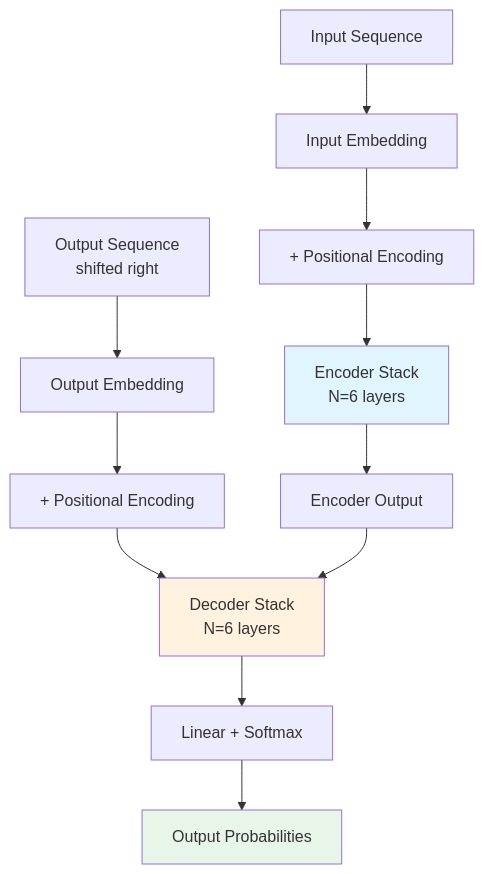
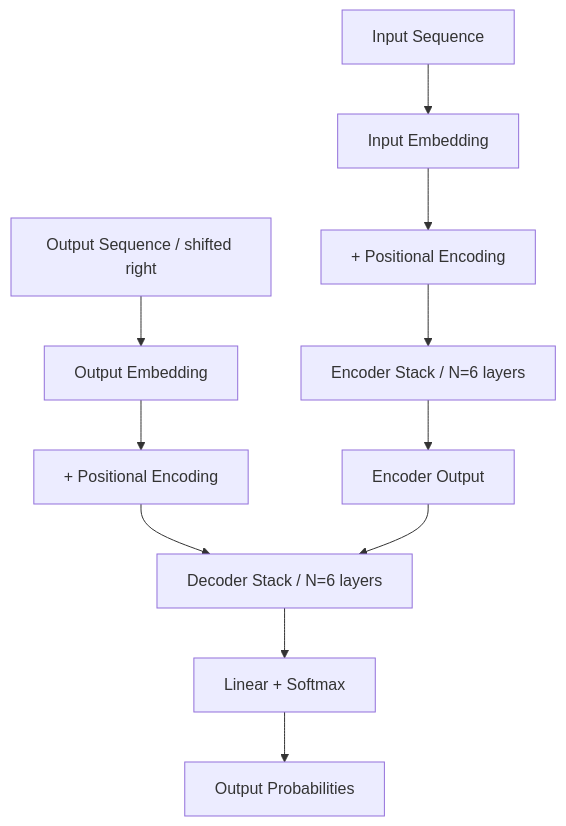
The diagram in _posts/2026-02-20-attention-is-all-you-need.md (eightmm/eightmm.github.io), drawn with Mermaid before and after one commit. The commit also changed other lines of this file and 10 other files, not shown here.

````diff
--- a/_posts/2026-02-20-attention-is-all-you-need.md
+++ b/_posts/2026-02-20-attention-is-all-you-need.md
@@ -54,19 +54,16 @@
 ```mermaid
 graph TD
     A[Input Sequence] --> B[Input Embedding]
     B --> C[+ Positional Encoding]
-    C --> D[Encoder Stack<br/>N=6 layers]
+    C --> D["Encoder Stack / N=6 layers"]
     D --> E[Encoder Output]
     
-    F[Output Sequence<br/>shifted right] --> G[Output Embedding]
+    F["Output Sequence / shifted right"] --> G[Output Embedding]
     G --> H[+ Positional Encoding]
-    H --> I[Decoder Stack<br/>N=6 layers]
+    H --> I["Decoder Stack / N=6 layers"]
     
     E --> I
     I --> J[Linear + Softmax]
     J --> K[Output Probabilities]
     
-    style D fill:#e1f5fe
-    style I fill:#fff3e0
-    style K fill:#e8f5e9
 ```
````
